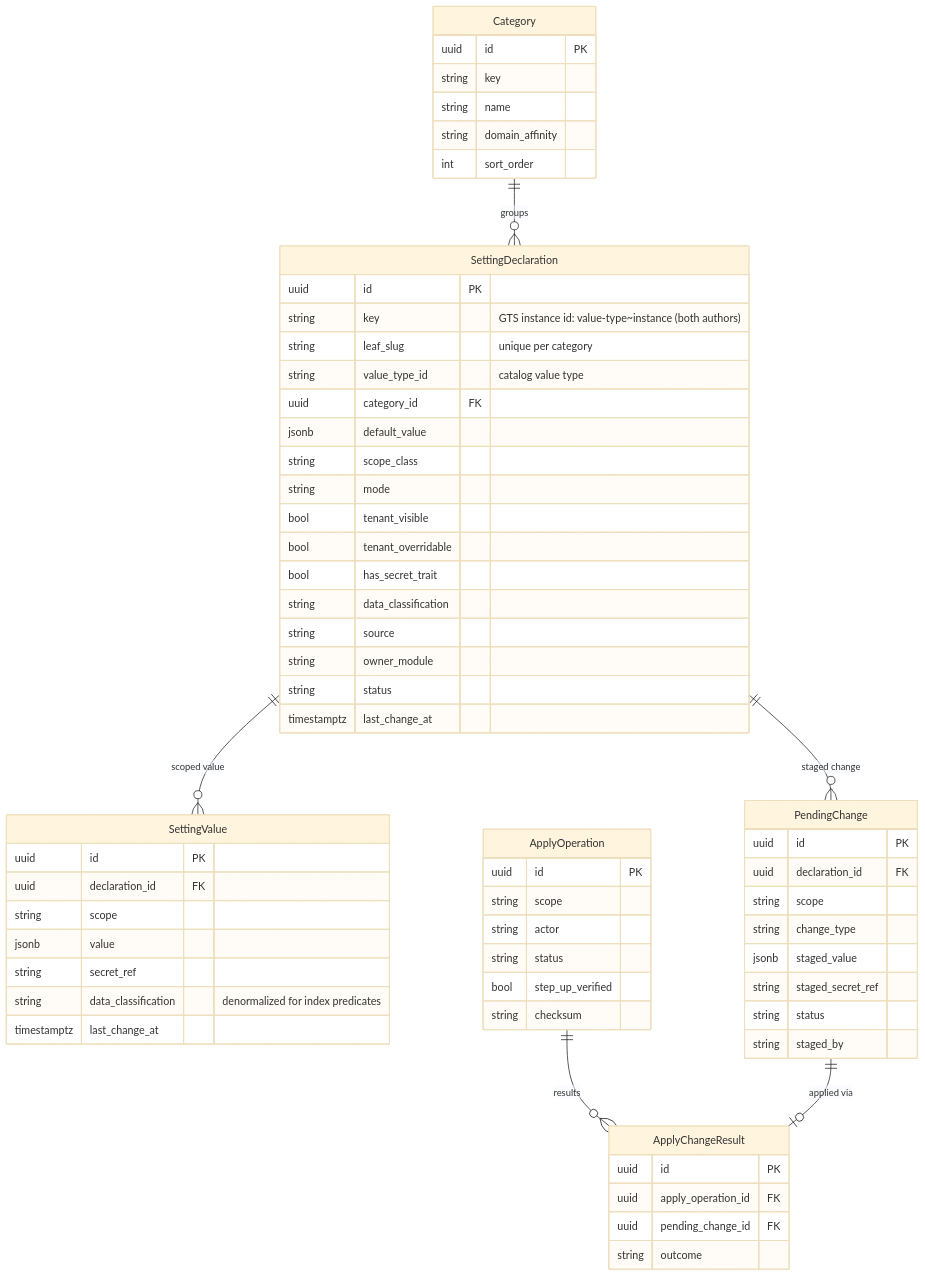
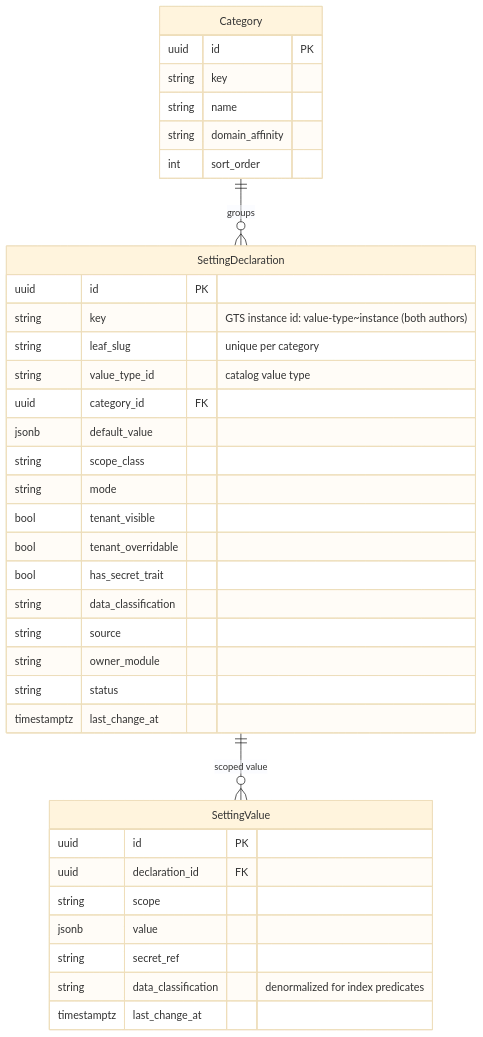
The third of 7 diagrams in gears/settings-service/docs/DESIGN.md (Andrei-Iliushin-Constructor/gears-rust), drawn with Mermaid (base theme) before and after one commit. The commit also changed other lines of this file, not shown here.

First line of the commit message:
docs(settings-service): drop the pending/apply machinery from DESIGN

````diff
--- a/gears/settings-service/docs/DESIGN.md
+++ b/gears/settings-service/docs/DESIGN.md
@@ -665,67 +599,40 @@
 ```mermaid
 erDiagram
  Category ||--o{ SettingDeclaration : "groups"
  SettingDeclaration ||--o{ SettingValue : "scoped value"
- SettingDeclaration ||--o{ PendingChange : "staged change"
- ApplyOperation ||--o{ ApplyChangeResult : "results"
- PendingChange ||--o| ApplyChangeResult : "applied via"
 
  Category {
  uuid id PK
  string key
  string name
  string domain_affinity
  int sort_order
  }
  SettingDeclaration {
  uuid id PK
  string key "GTS instance id: value-type~instance (both authors)"
  string leaf_slug "unique per category"
  string value_type_id "catalog value type"
  uuid category_id FK
  jsonb default_value
  string scope_class
  string mode
  bool tenant_visible
  bool tenant_overridable
  bool has_secret_trait
  string data_classification
  string source
  string owner_module
  string status
  timestamptz last_change_at
  }
  SettingValue {
  uuid id PK
  uuid declaration_id FK
  string scope
  jsonb value
  string secret_ref
  string data_classification "denormalized for index predicates"
  timestamptz last_change_at
  }
- PendingChange {
- uuid id PK
- uuid declaration_id FK
- string scope
- string change_type
- jsonb staged_value
- string staged_secret_ref
- string status
- string staged_by
- }
- ApplyOperation {
- uuid id PK
- string scope
- string actor
- string status
- bool step_up_verified
- string checksum
- }
- ApplyChangeResult {
- uuid id PK
- uuid apply_operation_id FK
- uuid pending_change_id FK
- string outcome
- }
 ```
````
